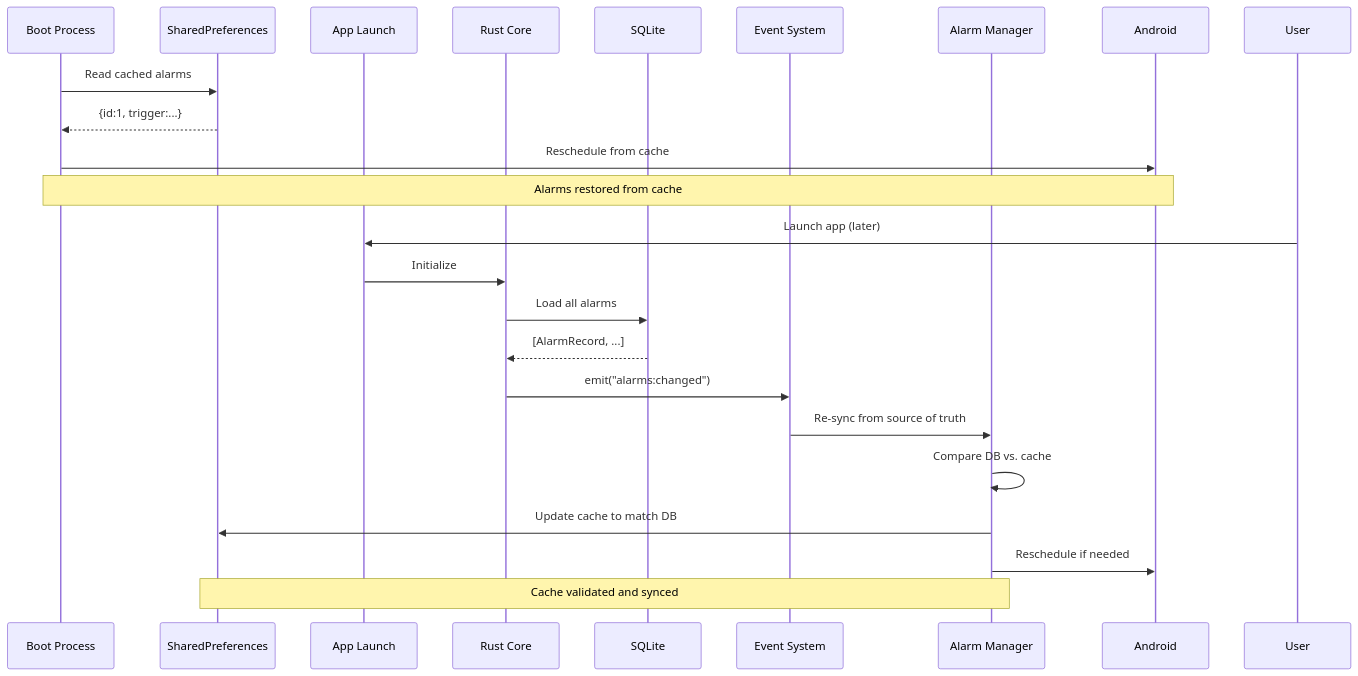
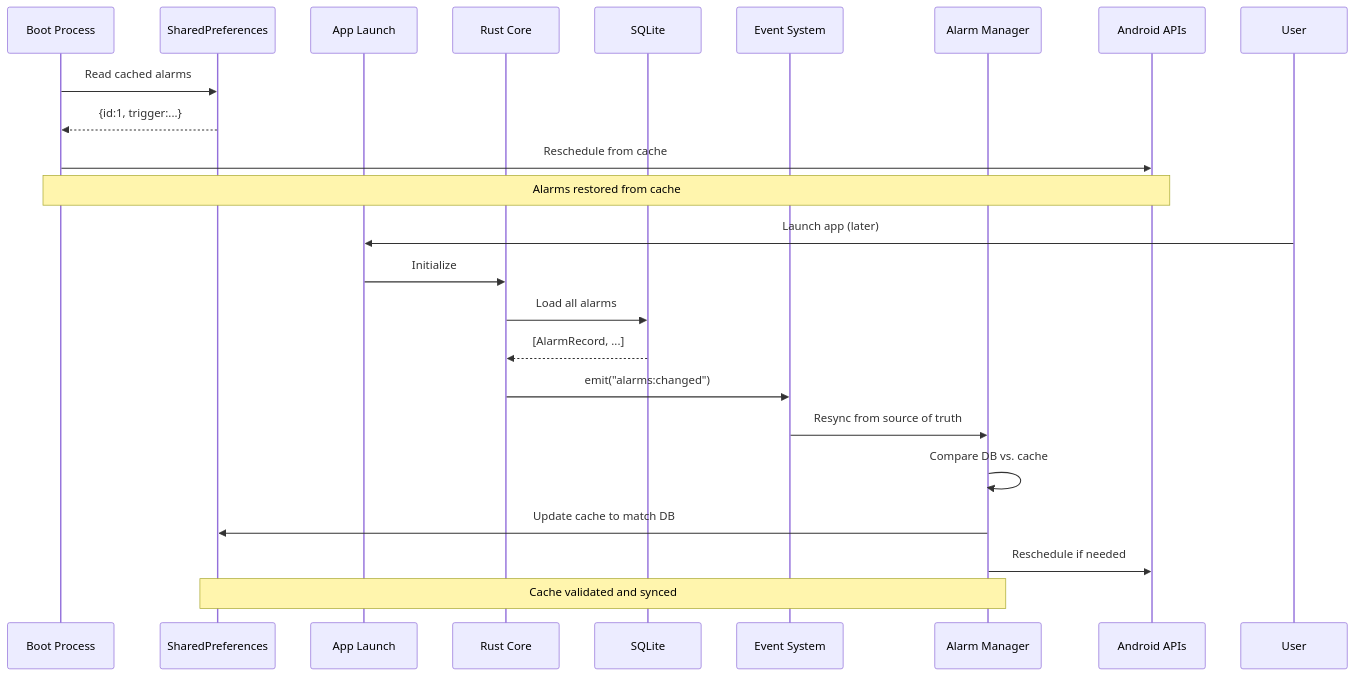
One commit to liminal-hq/threshold changed diagram 31 of 32 in docs/architecture/flow-diagrams.md. Above: the diagram before and after it, drawn with Mermaid. The commit also changed other lines of this file, not shown here.

First line of the commit message:
fix: stabilise Mermaid sequence diagrams

````diff
--- a/docs/architecture/flow-diagrams.md
+++ b/docs/architecture/flow-diagrams.md
@@ -1072,30 +1091,32 @@
 ```mermaid
 sequenceDiagram
     participant Boot as Boot Process
     participant Cache as SharedPreferences
     participant App as App Launch
     participant Rust as Rust Core
     participant DB as SQLite
     participant Events as Event System
     participant AlarmMgr as Alarm Manager
+    participant Android as Android APIs
+    participant User
 
     Boot->>Cache: Read cached alarms
     Cache-->>Boot: {id:1, trigger:...}
     Boot->>Android: Reschedule from cache
     
     Note over Boot,Android: Alarms restored from cache
     
     User->>App: Launch app (later)
     App->>Rust: Initialize
     Rust->>DB: Load all alarms
     DB-->>Rust: [AlarmRecord, ...]
     
     Rust->>Events: emit("alarms:changed")
-    Events->>AlarmMgr: Re-sync from source of truth
+    Events->>AlarmMgr: Resync from source of truth
     
     AlarmMgr->>AlarmMgr: Compare DB vs. cache
     AlarmMgr->>Cache: Update cache to match DB
     AlarmMgr->>Android: Reschedule if needed
     
     Note over AlarmMgr,Cache: Cache validated and synced
 ```
````
